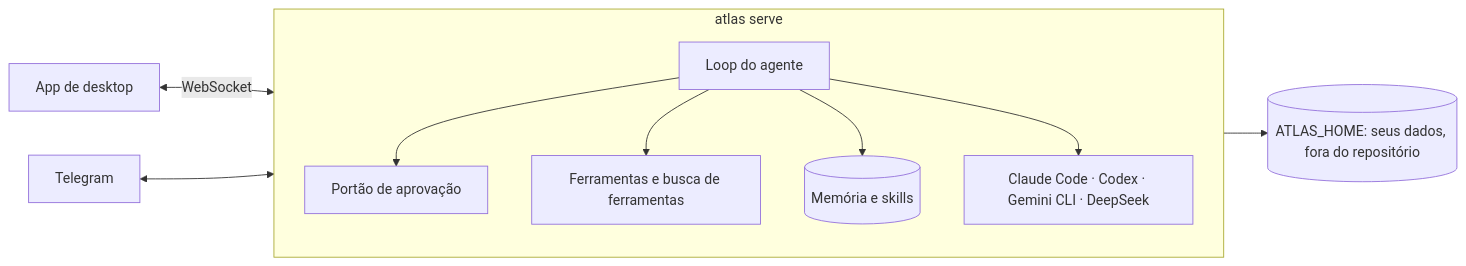
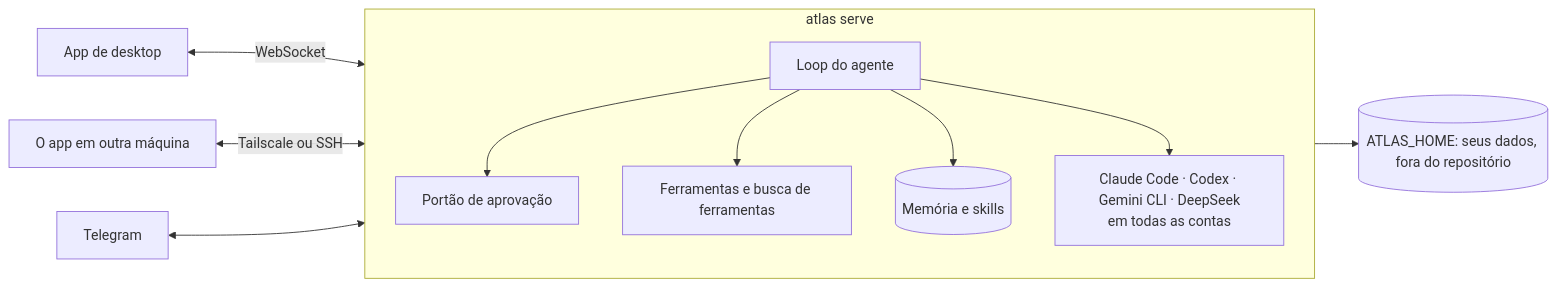
One commit to AlexandreLPA/atlas changed the diagram in README.pt-BR.md. Above: the diagram before and after it, drawn with Mermaid. The commit also changed other lines of this file and 3 other files, not shown here.

First line of the commit message:
The README leads with the executors and the machines: every account, routes per session, one app for every machine

````diff
--- a/README.pt-BR.md
+++ b/README.pt-BR.md
@@ -107,12 +165,13 @@
 ```mermaid
 flowchart LR
     App[App de desktop] <-->|WebSocket| Server
+    Laptop[O app em outra máquina] <-->|Tailscale ou SSH| Server
     Telegram <--> Server
     subgraph Server[atlas serve]
         Loop[Loop do agente] --> Gate[Portão de aprovação]
         Loop --> Tools[Ferramentas e busca de ferramentas]
         Loop --> Memory[(Memória e skills)]
-        Loop --> Executors[Claude Code · Codex · Gemini CLI · DeepSeek]
+        Loop --> Executors[Claude Code · Codex · Gemini CLI · DeepSeek<br>em todas as contas]
     end
     Server --> Home[(ATLAS_HOME: seus dados, fora do repositório)]
 ```
````
